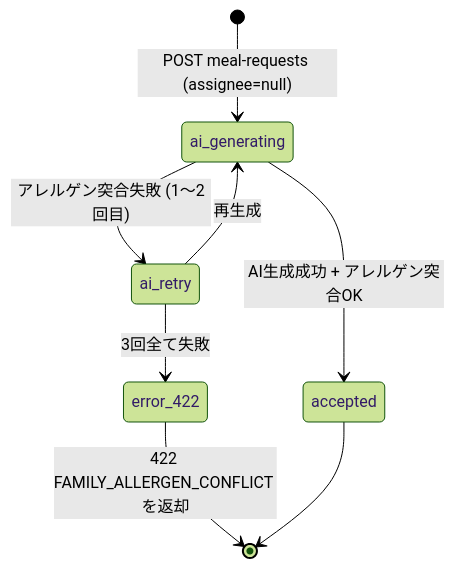
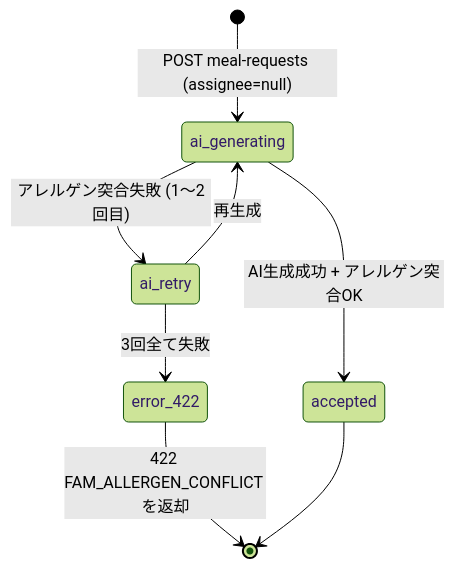
One commit to DaisukeHori/homegohan-app changed the second of 5 diagrams in docs/design/family/04-meal-request-flow.md. Above: the diagram before and after it, drawn with Mermaid (forest theme). The commit also changed other lines of this file and 21 other files, not shown here.

````diff
--- a/docs/design/family/04-meal-request-flow.md
+++ b/docs/design/family/04-meal-request-flow.md
@@ -115,10 +115,10 @@
 ```mermaid
 stateDiagram-v2
   [*] --> ai_generating : POST meal-requests (assignee=null)
   ai_generating --> accepted : AI生成成功 + アレルゲン突合OK
   ai_generating --> ai_retry : アレルゲン突合失敗 (1〜2回目)
   ai_retry --> ai_generating : 再生成
   ai_retry --> error_422 : 3回全て失敗
-  error_422 --> [*] : 422 FAMILY_ALLERGEN_CONFLICT を返却
+  error_422 --> [*] : 422 FAM_ALLERGEN_CONFLICT を返却
   accepted --> [*]
 ```
````
